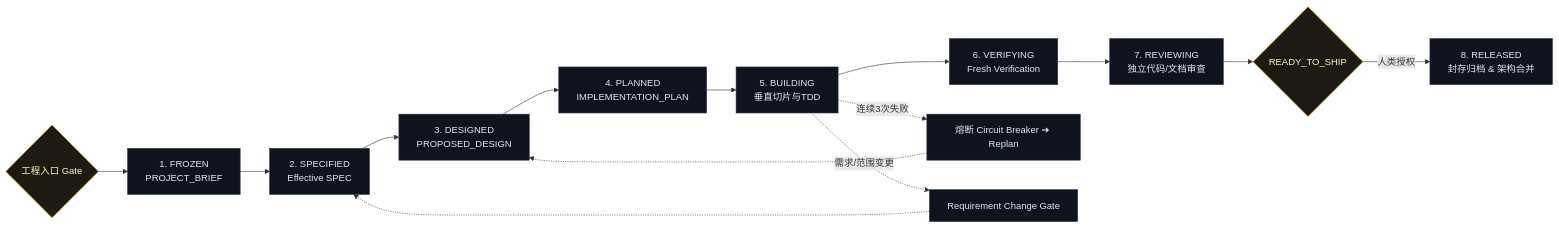
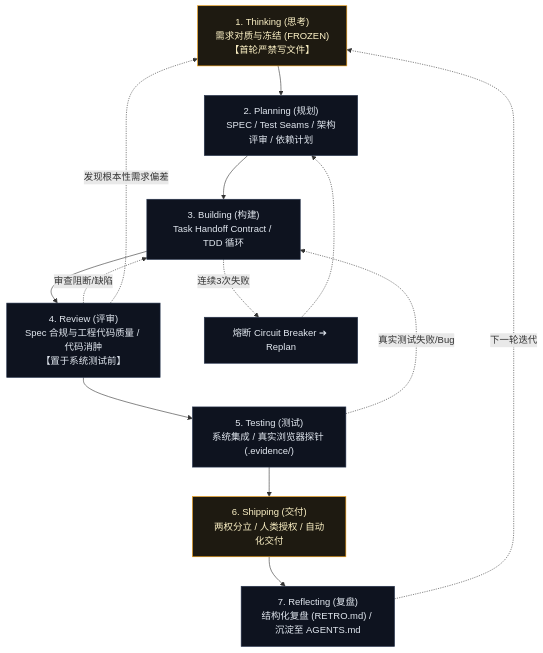
Before and after one commit to sz-xiaohuolong/vibe-workflow: the diagram in README.zh-CN.md, drawn with Mermaid. The commit also changed other lines of this file and 19 other files, not shown here.

````diff
--- a/README.zh-CN.md
+++ b/README.zh-CN.md
@@ -76,22 +76,21 @@
 ```mermaid
-flowchart LR
-    Gate{工程入口 Gate} --> Freeze[1. FROZEN<br/>PROJECT_BRIEF]
-    Freeze --> Spec[2. SPECIFIED<br/>Effective SPEC]
-    Spec --> Design[3. DESIGNED<br/>PROPOSED_DESIGN]
-    Design --> Plan[4. PLANNED<br/>IMPLEMENTATION_PLAN]
-    Plan --> Build[5. BUILDING<br/>垂直切片与TDD]
-    Build --> Verify[6. VERIFYING<br/>Fresh Verification]
-    Verify --> Review[7. REVIEWING<br/>独立代码/文档审查]
-    Review --> Ready{READY_TO_SHIP}
-    Ready -->|人类授权| Ship[8. RELEASED<br/>封存归档 & 架构合并]
+flowchart TD
+    S1["1. Thinking (思考)<br/>需求对质与冻结 (FROZEN)<br/>【首轮严禁写文件】"] --> S2["2. Planning (规划)<br/>SPEC / Test Seams / 架构评审 / 依赖计划"]
+    S2 --> S3["3. Building (构建)<br/>Task Handoff Contract / TDD 循环"]
+    S3 --> S4["4. Review (评审)<br/>Spec 合规与工程代码质量 / 代码消肿<br/>【置于系统测试前】"]
+    S4 --> S5["5. Testing (测试)<br/>系统集成 / 真实浏览器探针 (.evidence/)"]
+    S5 --> S6["6. Shipping (交付)<br/>两权分立 / 人类授权 / 自动化交付"]
+    S6 --> S7["7. Reflecting (复盘)<br/>结构化复盘 (RETRO.md) / 沉淀至 AGENTS.md"]
+    S7 -.->|下一轮迭代| S1
 
     %% Failure recovery loops
-    Build -.->|连续3次失败| CB[熔断 Circuit Breaker ➔ Replan]
-    CB -.-> Design
-    Build -.->|需求/范围变更| RG[Requirement Change Gate]
-    RG -.-> Spec
+    S3 -.->|连续3次失败| CB[熔断 Circuit Breaker ➔ Replan]
+    CB -.-> S2
+    S4 -.->|审查阻断/缺陷| S3
+    S5 -.->|真实测试失败/Bug| S3
+    S4 -.->|发现根本性需求偏差| S1
 
     classDef default fill:#0e131f,stroke:#26334d,color:#e2e8f0;
     classDef gate fill:#1e1a11,stroke:#f59e0b,color:#fef3c7;
-    class Gate,Ready gate;
+    class S1,S6 gate;
 ```
````
